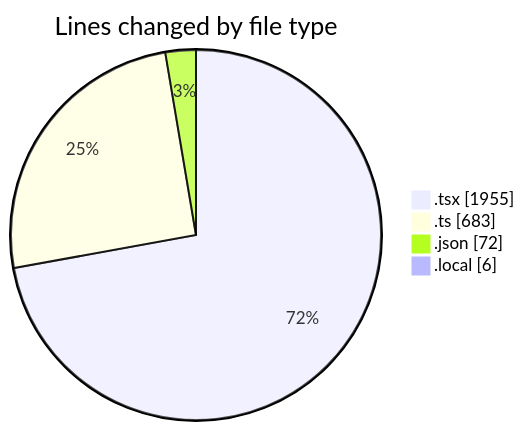
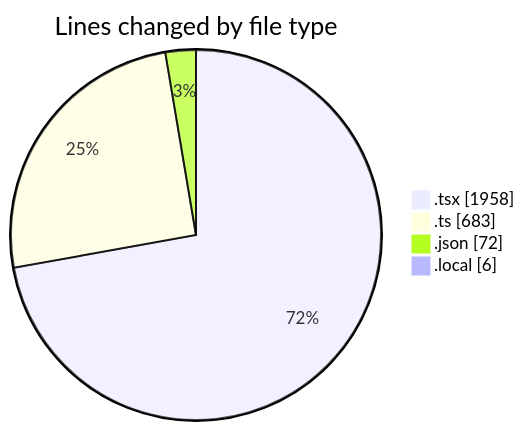
One commit to julien-gomy/code-tracking changed the first of 2 diagrams in 2025-10-21/eventscop-frontend-guide__workspace_/README.md. Above: the diagram before and after it, drawn with Mermaid. The commit also changed other lines of this file and 1 other file, not shown here.

````diff
--- a/2025-10-21/eventscop-frontend-guide__workspace_/README.md
+++ b/2025-10-21/eventscop-frontend-guide__workspace_/README.md
@@ -52,8 +52,8 @@
 ```mermaid
 pie showData
 title Lines changed by file type
-".tsx" : 1955
+".tsx" : 1958
 ".ts" : 683
 ".json" : 72
 ".local" : 6
 ```
````
